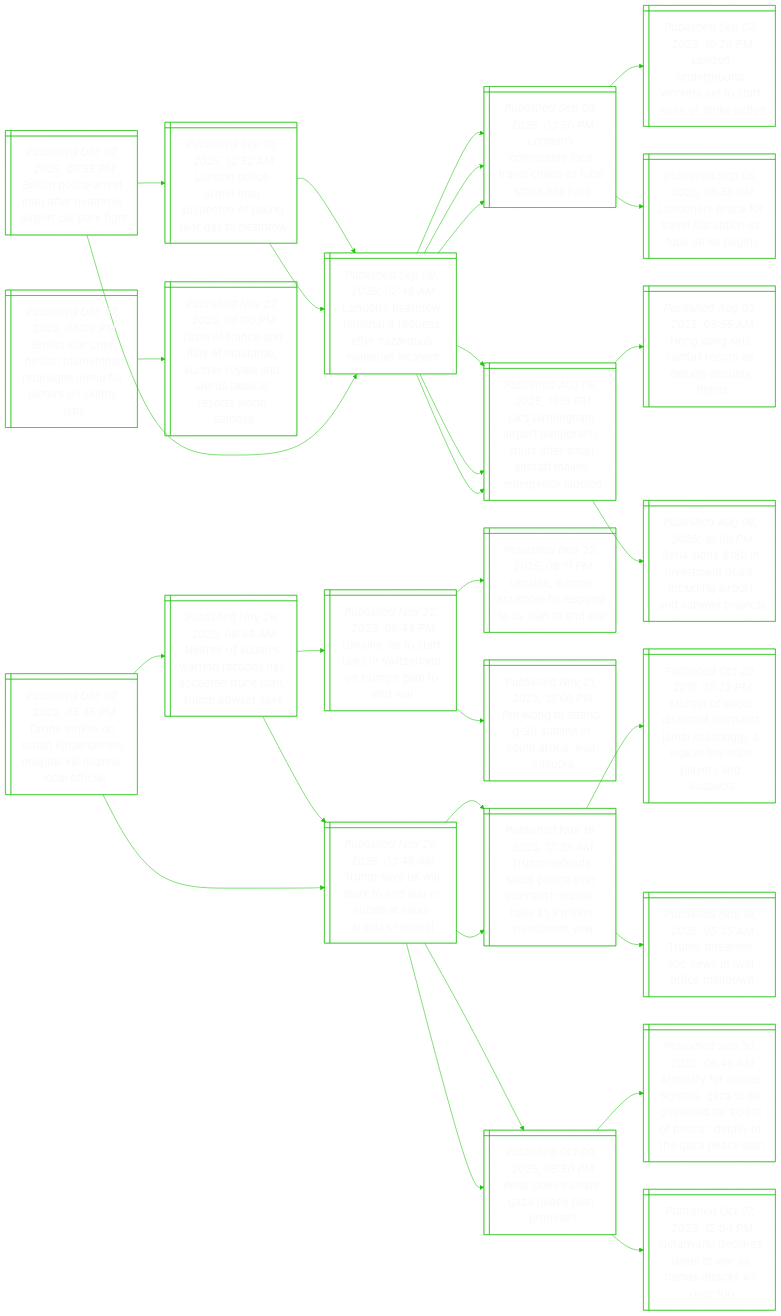
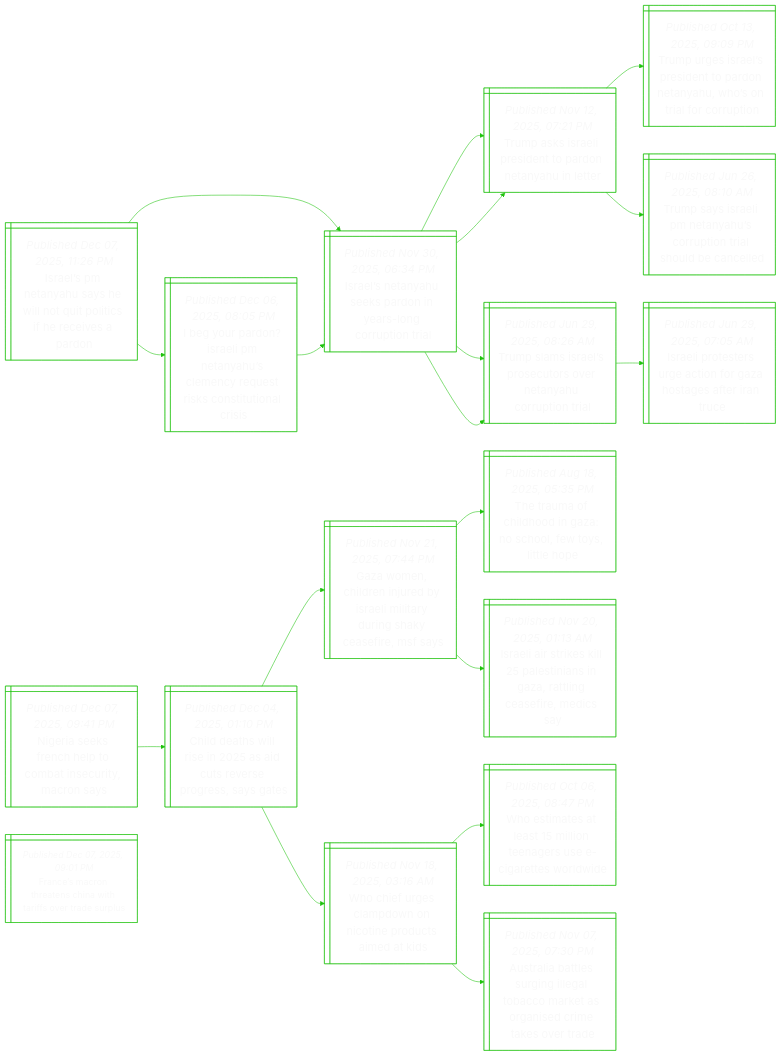
One commit to notJmes/notJmes changed the diagram in README.md. Above: the diagram before and after it, drawn with Mermaid. The commit also changed other lines of this file, not shown here.

````diff
--- a/README.md
+++ b/README.md
@@ -16,103 +16,67 @@
 flowchart LR
 classDef txtsize font-size:20px;
 
-BsiraetArpi@{ shape: win-pane, label: "_Published Dec 07, 2025, 07:55 PM_
-British police arrest man after heathrow airport car park fight" }
-Lnceneoiatt@{ shape: win-pane, label: "_Published Sep 10, 2025, 12:52 AM_
-London police arrest man suspected of taking tear gas to heathrow" }
-LntTnoahdaact@{ shape: win-pane, label: "_Published Sep 09, 2025, 02:48 AM_
-London’s heathrow terminal 4 reopens after hazardous materials incident" }
-Lnmstlsbitd@{ shape: win-pane, label: "_Published Sep 08, 2025, 03:50 PM_
-London’s commuters face travel chaos as tube strike hits hard" }
-Urhrtrysrlramnn@{ shape: win-pane, label: "_Published Aug 06, 2025, 11:15 PM_
-Uk’s birmingham airport temporarily shuts after small aircraft makes emergency landing" }
-LntTnoahdaact@{ shape: win-pane, label: "_Published Sep 09, 2025, 02:48 AM_
-London’s heathrow terminal 4 reopens after hazardous materials incident" }
-Lnmstlsbitd@{ shape: win-pane, label: "_Published Sep 08, 2025, 03:50 PM_
-London’s commuters face travel chaos as tube strike hits hard" }
-Urhrtrysrlramnn@{ shape: win-pane, label: "_Published Aug 06, 2025, 11:15 PM_
-Uk’s birmingham airport temporarily shuts after small aircraft makes emergency landing" }
-LntTnoahdaact@{ shape: win-pane, label: "_Published Sep 09, 2025, 02:48 AM_
-London’s heathrow terminal 4 reopens after hazardous materials incident" }
-Lnmstlsbitd@{ shape: win-pane, label: "_Published Sep 08, 2025, 03:50 PM_
-London’s commuters face travel chaos as tube strike hits hard" }
-Lnrnketeseo@{ shape: win-pane, label: "_Published Sep 07, 2025, 10:26 PM_
-London underground workers set to start week of strike action" }
-LnrovsiTtbs@{ shape: win-pane, label: "_Published Sep 05, 2025, 05:55 PM_
-Londoners brace for travel disruption as tube strike begins" }
-Urhrtrysrlramnn@{ shape: win-pane, label: "_Published Aug 06, 2025, 11:15 PM_
-Uk’s birmingham airport temporarily shuts after small aircraft makes emergency landing" }
-Hotnrdlitg@{ shape: win-pane, label: "_Published Aug 05, 2025, 09:55 AM_
-Hong kong sets rainfall record as deluge disrupts flights" }
-Ssbveacnpnwos@{ shape: win-pane, label: "_Published Aug 06, 2025, 10:00 PM_
-Syria signs $18b in investment deals, including airport and subway projects" }
+Ileayitpiheao@{ shape: win-pane, label: "_Published Dec 07, 2025, 11:26 PM_
+Israel’s pm netanyahu says he will not quit politics if he receives a pardon" }
+Ilausoeorii@{ shape: win-pane, label: "_Published Nov 30, 2025, 06:34 PM_
+Israel’s netanyahu seeks pardon in years-long corruption trial" }
+Tasiitdthe@{ shape: win-pane, label: "_Published Nov 12, 2025, 07:21 PM_
+Trump asks israeli president to pardon netanyahu in letter" }
+TuIlstreaororo@{ shape: win-pane, label: "_Published Oct 13, 2025, 09:09 PM_
+Trump urges israel’s president to pardon netanyahu, who’s on trial for corruption" }
+Tssithriioee@{ shape: win-pane, label: "_Published Jun 26, 2025, 08:10 AM_
+Trump says israeli pm netanyahu’s corruption trial should be cancelled" }
+TsIlsoeauunl@{ shape: win-pane, label: "_Published Jun 29, 2025, 08:26 AM_
+Trump slams israel’s prosecutors over netanyahu corruption trial" }
+IltreoGoeene@{ shape: win-pane, label: "_Published Jun 29, 2025, 07:05 AM_
+Israeli protesters urge action for gaza hostages after iran truce" }
+Iorsitheyesnuas@{ shape: win-pane, label: "_Published Dec 06, 2025, 08:05 PM_
+I beg your pardon? israeli pm netanyahu’s clemency request risks constitutional crisis" }
+Ilausoeorii@{ shape: win-pane, label: "_Published Nov 30, 2025, 06:34 PM_
+Israel’s netanyahu seeks pardon in years-long corruption trial" }
+Tasiitdthe@{ shape: win-pane, label: "_Published Nov 12, 2025, 07:21 PM_
+Trump asks israeli president to pardon netanyahu in letter" }
+TsIlsoeauunl@{ shape: win-pane, label: "_Published Jun 29, 2025, 08:26 AM_
+Trump slams israel’s prosecutors over netanyahu corruption trial" }
 
-BsiraetArpi:::txtsize --> Lnceneoiatt:::txtsize
-Lnceneoiatt:::txtsize --> LntTnoahdaact:::txtsize
-LntTnoahdaact:::txtsize --> Lnmstlsbitd:::txtsize
-LntTnoahdaact:::txtsize --> Urhrtrysrlramnn:::txtsize
-Lnceneoiatt:::txtsize --> LntTnoahdaact:::txtsize
-LntTnoahdaact:::txtsize --> Lnmstlsbitd:::txtsize
-LntTnoahdaact:::txtsize --> Urhrtrysrlramnn:::txtsize
-BsiraetArpi:::txtsize --> LntTnoahdaact:::txtsize
-LntTnoahdaact:::txtsize --> Lnmstlsbitd:::txtsize
-Lnmstlsbitd:::txtsize --> Lnrnketeseo:::txtsize
-Lnmstlsbitd:::txtsize --> LnrovsiTtbs:::txtsize
-LntTnoahdaact:::txtsize --> Urhrtrysrlramnn:::txtsize
-Urhrtrysrlramnn:::txtsize --> Hotnrdlitg:::txtsize
-Urhrtrysrlramnn:::txtsize --> Ssbveacnpnwos:::txtsize
+Ileayitpiheao:::txtsize --> Ilausoeorii:::txtsize
+Ilausoeorii:::txtsize --> Tasiitdthe:::txtsize
+Tasiitdthe:::txtsize --> TuIlstreaororo:::txtsize
+Tasiitdthe:::txtsize --> Tssithriioee:::txtsize
+Ilausoeorii:::txtsize --> TsIlsoeauunl:::txtsize
+TsIlsoeauunl:::txtsize --> IltreoGoeene:::txtsize
+Ileayitpiheao:::txtsize --> Iorsitheyesnuas:::txtsize
+Iorsitheyesnuas:::txtsize --> Ilausoeorii:::txtsize
+Ilausoeorii:::txtsize --> Tasiitdthe:::txtsize
+Ilausoeorii:::txtsize --> TsIlsoeauunl:::txtsize
 
-BsrHnelsmotnns@{ shape: win-pane, label: "_Published Dec 07, 2025, 06:09 PM_
-British star chef heston blumenthal redesigns menu for dieters on skinny jabs" }
-Tondyueaadulesdo@{ shape: win-pane, label: "_Published Nov 27, 2025, 06:00 PM_
-Taste of france and italy at moutarde, sundae royale and laurus table at resorts world sentosa" }
+NiknloiuMn@{ shape: win-pane, label: "_Published Dec 07, 2025, 09:41 PM_
+Nigeria seeks french help to combat insecurity, macron says" }
+Cdsrndrsgsa@{ shape: win-pane, label: "_Published Dec 04, 2025, 01:10 PM_
+Child deaths will rise in 2025 as aid cuts reverse progress, says gates" }
+Goheuyelynksea@{ shape: win-pane, label: "_Published Nov 21, 2025, 07:44 PM_
+Gaza women, children injured by israeli military during shaky ceasefire, msf says" }
+Tafdiahesle@{ shape: win-pane, label: "_Published Aug 18, 2025, 05:35 PM_
+The trauma of childhood in gaza: no school, few toys, little hope" }
+IlselsaGansec@{ shape: win-pane, label: "_Published Nov 20, 2025, 01:13 AM_
+Israeli air strikes kill 25 palestinians in gaza, rattling ceasefire, medics say" }
+Wigawindaas@{ shape: win-pane, label: "_Published Nov 18, 2025, 03:16 AM_
+Who chief urges clampdown on nicotine products aimed at kids" }
+Wteeinauitoi@{ shape: win-pane, label: "_Published Oct 06, 2025, 08:47 PM_
+Who estimates at least 15 million teenagers use e-cigarettes worldwide" }
+Aaasiltckoirava@{ shape: win-pane, label: "_Published Nov 07, 2025, 07:30 PM_
+Australia battles surging illegal tobacco market as organised crime takes over trade" }
 
-BsrHnelsmotnns:::txtsize --> Tondyueaadulesdo:::txtsize
+NiknloiuMn:::txtsize --> Cdsrndrsgsa:::txtsize
+Cdsrndrsgsa:::txtsize --> Goheuyelynksea:::txtsize
+Goheuyelynksea:::txtsize --> Tafdiahesle:::txtsize
+Goheuyelynksea:::txtsize --> IlselsaGansec:::txtsize
+Cdsrndrsgsa:::txtsize --> Wigawindaas:::txtsize
+Wigawindaas:::txtsize --> Wteeinauitoi:::txtsize
+Wigawindaas:::txtsize --> Aaasiltckoirava:::txtsize
 
-Dseuigniizofa@{ shape: win-pane, label: "_Published Dec 07, 2025, 05:45 PM_
-Drone strikes on sudan kindergarten, hospital kill dozens: local official" }
-NeuwnthcdeTaes@{ shape: win-pane, label: "_Published Nov 26, 2025, 06:48 AM_
-Neither of sudan’s warring factions has accepted truce plan, trump adviser says" }
-Unotsilnpnd@{ shape: win-pane, label: "_Published Nov 22, 2025, 09:48 PM_
-Ukraine, us to start talks in switzerland on trump’s plan to end war" }
-Unorestler@{ shape: win-pane, label: "_Published Nov 22, 2025, 08:11 PM_
-Ukraine, europe scramble to respond to us plan to end war" }
-Pgtsturiti@{ shape: win-pane, label: "_Published Nov 21, 2025, 12:00 PM_
-Pm wong to attend g-20 summit in south africa, visit ethiopia" }
-TsSwoautiiq@{ shape: win-pane, label: "_Published Nov 20, 2025, 03:48 AM_
-Trump says us will work to end war in sudan at saudi arabia’s request" }
-Tdddnersdiinst@{ shape: win-pane, label: "_Published Nov 19, 2025, 12:28 AM_
-Trump defends saudi prince over journalist murder, hails $1.3 trillion investment vow" }
-Wouaaam@{ shape: win-pane, label: "_Published Oct 09, 2025, 05:50 PM_
-What does trump’s gaza peace plan promise?" }
-TsSwoautiiq@{ shape: win-pane, label: "_Published Nov 20, 2025, 03:48 AM_
-Trump says us will work to end war in sudan at saudi arabia’s request" }
-Tdddnersdiinst@{ shape: win-pane, label: "_Published Nov 19, 2025, 12:28 AM_
-Trump defends saudi prince over journalist murder, hails $1.3 trillion investment vow" }
-Mrusnrsasikeprsc@{ shape: win-pane, label: "_Published Oct 20, 2018, 12:23 PM_
-Murder of saudi dissident journalist jamal khashoggi: a look at the main players and suspects" }
-TttBsailn@{ shape: win-pane, label: "_Published Nov 19, 2025, 05:25 AM_
-Trump threatens abc news in oval office meltdown" }
-Wouaaam@{ shape: win-pane, label: "_Published Oct 09, 2025, 05:50 PM_
-What does trump’s gaza peace plan promise?" }
-AtHfezerydatoGel@{ shape: win-pane, label: "_Published Sep 30, 2025, 06:45 AM_
-Amnesty for hamas fighters, gaza to be governed by ‘board of peace’: details of the gaza peace plan" }
-NyeeawHakl@{ shape: win-pane, label: "_Published Oct 07, 2023, 12:04 PM_
-Netanyahu declares israel at war as hamas attacks kill over 100" }
+Ferrnnhfedp@{ shape: win-pane, label: "_Published Dec 07, 2025, 09:01 PM_
+France’s macron threatens china with tariffs over trade surplus" }
 
-Dseuigniizofa:::txtsize --> NeuwnthcdeTaes:::txtsize
-NeuwnthcdeTaes:::txtsize --> Unotsilnpnd:::txtsize
-Unotsilnpnd:::txtsize --> Unorestler:::txtsize
-Unotsilnpnd:::txtsize --> Pgtsturiti:::txtsize
-NeuwnthcdeTaes:::txtsize --> TsSwoautiiq:::txtsize
-TsSwoautiiq:::txtsize --> Tdddnersdiinst:::txtsize
-TsSwoautiiq:::txtsize --> Wouaaam:::txtsize
-Dseuigniizofa:::txtsize --> TsSwoautiiq:::txtsize
-TsSwoautiiq:::txtsize --> Tdddnersdiinst:::txtsize
-Tdddnersdiinst:::txtsize --> Mrusnrsasikeprsc:::txtsize
-Tdddnersdiinst:::txtsize --> TttBsailn:::txtsize
-TsSwoautiiq:::txtsize --> Wouaaam:::txtsize
-Wouaaam:::txtsize --> AtHfezerydatoGel:::txtsize
-Wouaaam:::txtsize --> NyeeawHakl:::txtsize
 
 ```
````
